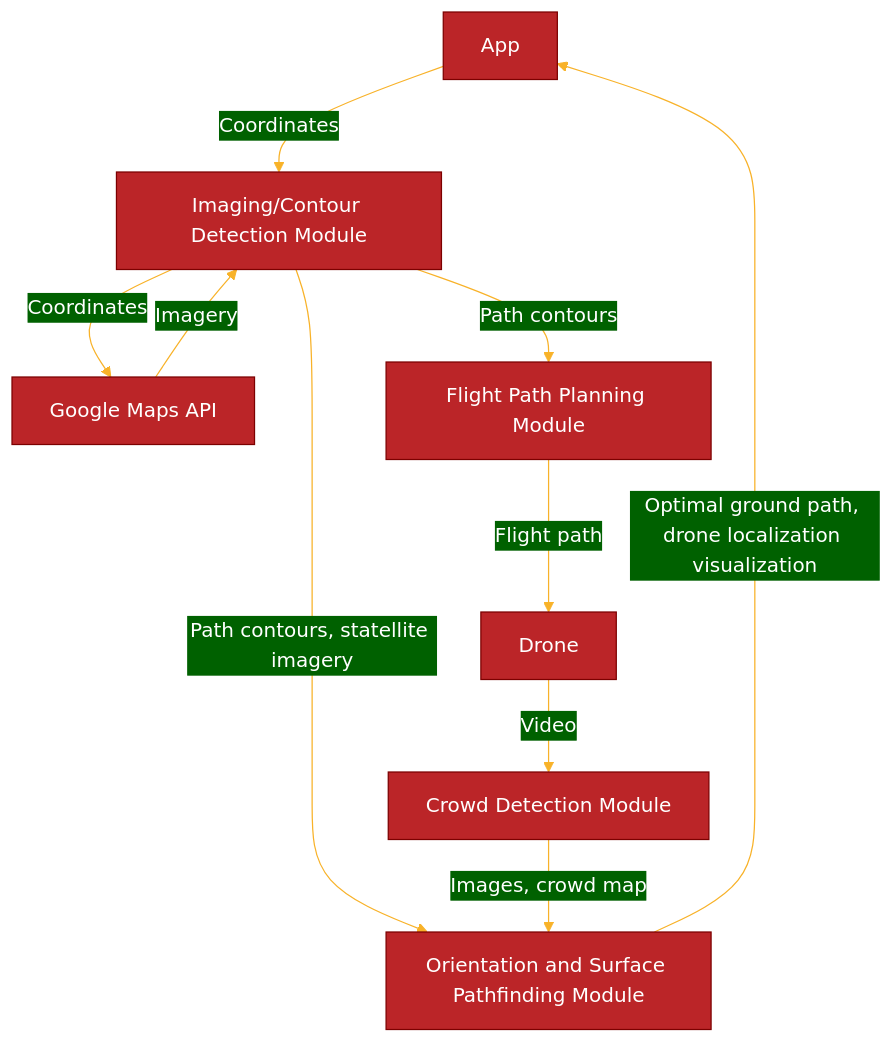
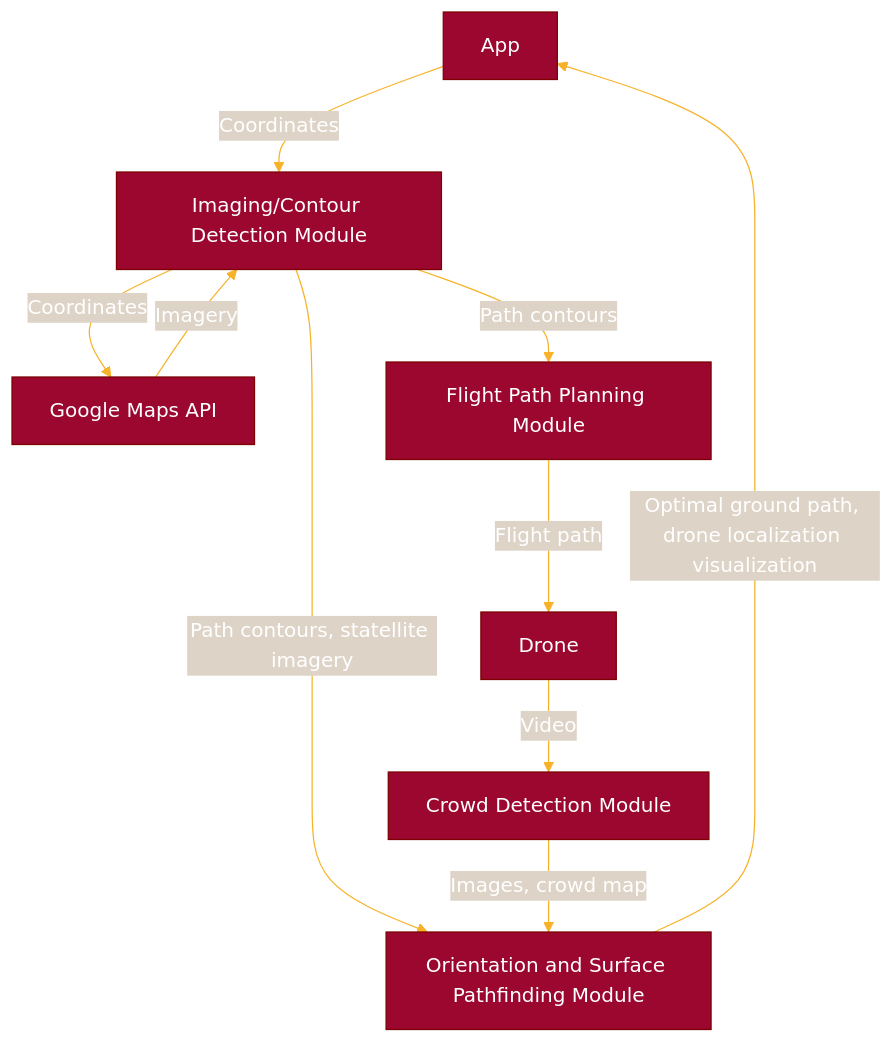
The diagram in README.md (maximuskiii/TartanHacks2024), drawn with Mermaid before and after one commit.

Commit message:
testing themes

````diff
--- a/README.md
+++ b/README.md
@@ -3,26 +3,25 @@
 ```mermaid
 %%{
     init: {
         'theme': 'base',
         'themeVariables': {
-        'primaryColor': '#BB2528',
-        'primaryTextColor': '#fff',
-        'primaryBorderColor': '#7C0000',
-        'lineColor': '#F8B229',
-        'secondaryColor': '#006100',
-        'tertiaryColor': '#fff',
-        'fontFamily': 'trebuchet ms'
+            'primaryColor': '#9b072f',
+            'primaryTextColor': '#fff',
+            'primaryBorderColor': '#7C0000',
+            'lineColor': '#F8B229',
+            'secondaryColor': '#ddd3c7',
+            'tertiaryColor': '#fff'
         }
     }
 }%%
 flowchart TB
     A[App] -->|Coordinates| B[Imaging/Contour Detection Module];
     B -->|Coordinates| C[Google Maps API];
     C -->|Imagery| B
     B -->|Path contours| D[Flight Path Planning Module]
     B -->|Path contours, statellite imagery| E[Orientation and Surface Pathfinding Module]
     D -->|Flight path| F[Drone]
     F -->|Video| G[Crowd Detection Module]
     G -->|Images, crowd map| E
     E -->|Optimal ground path, drone localization visualization| A
 ```
````
